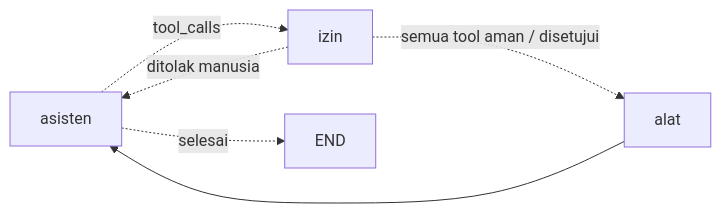
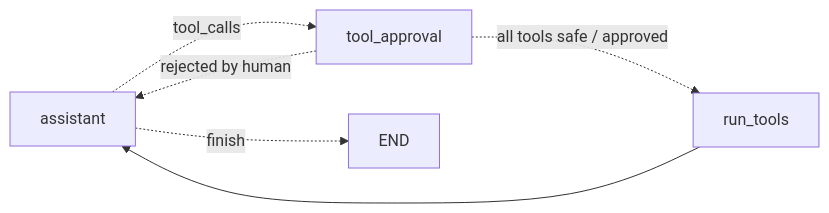
Diagram 12 of 13 in LAB.md (bilalbayasut/langgraph-klaim-lab), drawn with Mermaid before and after one commit. The commit also changed other lines of this file and 78 other files, not shown here.

````diff
--- a/LAB.md
+++ b/LAB.md
@@ -7103,7 +7125,7 @@
 ```mermaid
 flowchart LR
-  asisten -.tool_calls.-> izin
-  izin -.semua tool aman / disetujui.-> alat --> asisten
-  izin -.ditolak manusia.-> asisten
-  asisten -.selesai.-> END
+  assistant -.tool_calls.-> tool_approval
+  tool_approval -.all tools safe / approved.-> run_tools --> assistant
+  tool_approval -.rejected by human.-> assistant
+  assistant -.finish.-> END
 ```
````
